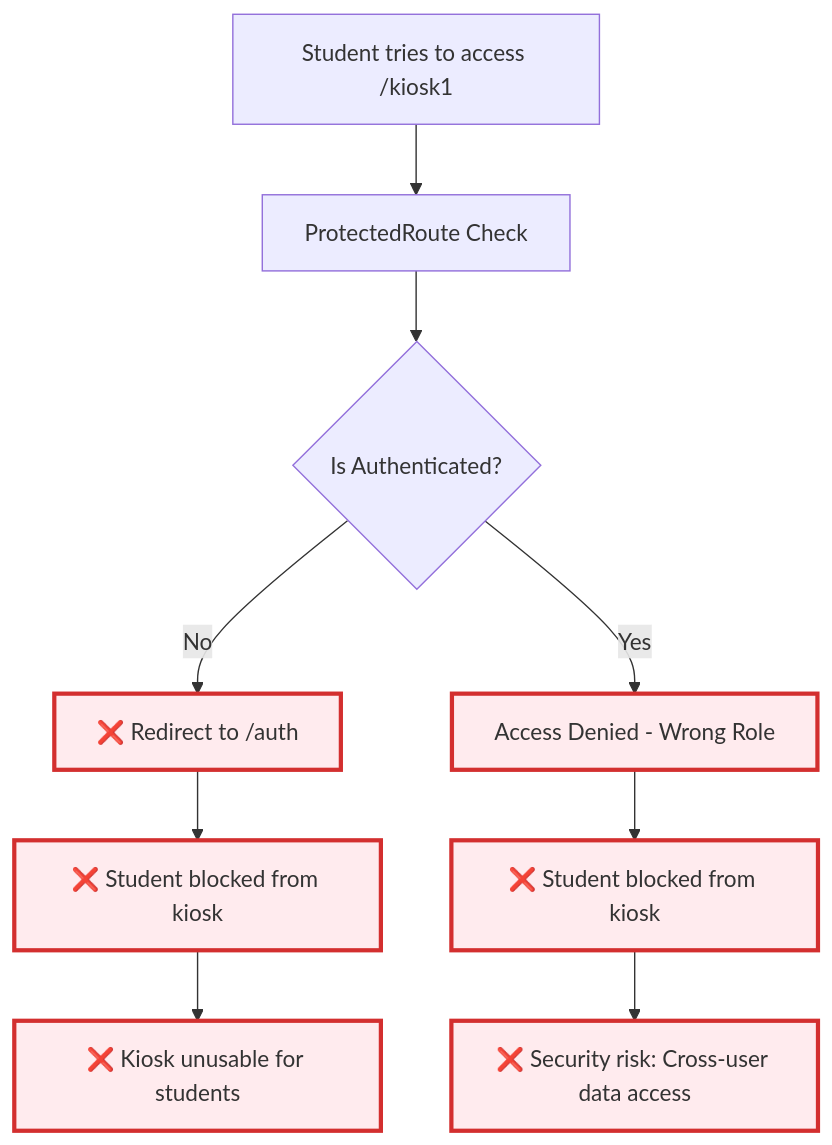
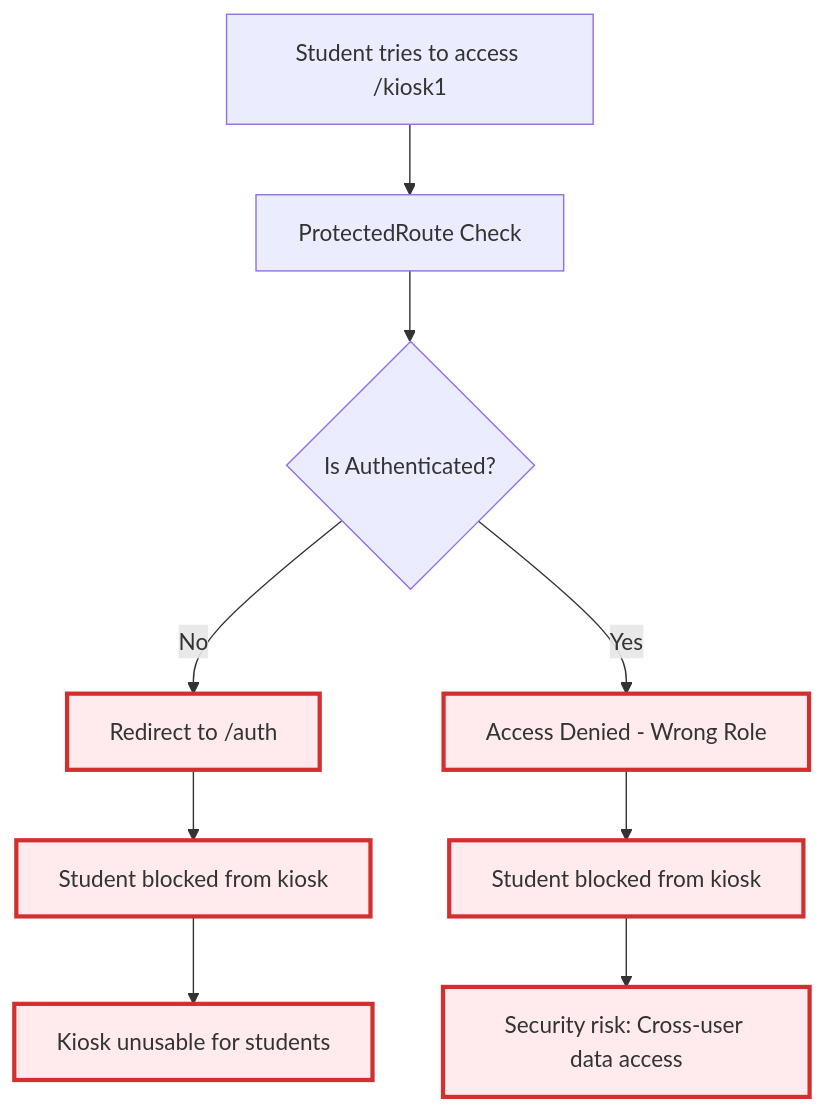
One commit to Splurfa/bx-os changed the fifth of 5 diagrams in Docs/Flowcharts/Current-State/02-current-kiosk-logic.md. Above: the diagram before and after it, drawn with Mermaid. The commit also changed other lines of this file and 12 other files, not shown here.

First line of the commit message:
Fix flowchart syntax and numbering

````diff
--- a/Docs/Flowcharts/Current-State/02-current-kiosk-logic.md
+++ b/Docs/Flowcharts/Current-State/02-current-kiosk-logic.md
@@ -98,20 +98,20 @@
 ```mermaid
 flowchart TD
     A[Student tries to access /kiosk1] --> B[ProtectedRoute Check]
     B --> C{Is Authenticated?}
-    C -->|No| D[❌ Redirect to /auth]
+    C -->|No| D[Redirect to /auth]
     C -->|Yes| E[Access Denied - Wrong Role]
     
-    D --> F[❌ Student blocked from kiosk]
-    E --> G[❌ Student blocked from kiosk]
+    D --> F[Student blocked from kiosk]
+    E --> G[Student blocked from kiosk]
     
-    F --> H[❌ Kiosk unusable for students]
-    G --> I[❌ Security risk: Cross-user data access]
+    F --> H[Kiosk unusable for students]
+    G --> I["Security risk: Cross-user data access"]
     
     style D fill:#ffebee,stroke:#d32f2f,stroke-width:3px
     style E fill:#ffebee,stroke:#d32f2f,stroke-width:3px
     style F fill:#ffebee,stroke:#d32f2f,stroke-width:3px
     style G fill:#ffebee,stroke:#d32f2f,stroke-width:3px
     style H fill:#ffebee,stroke:#d32f2f,stroke-width:3px
     style I fill:#ffebee,stroke:#d32f2f,stroke-width:3px
 ```
````
